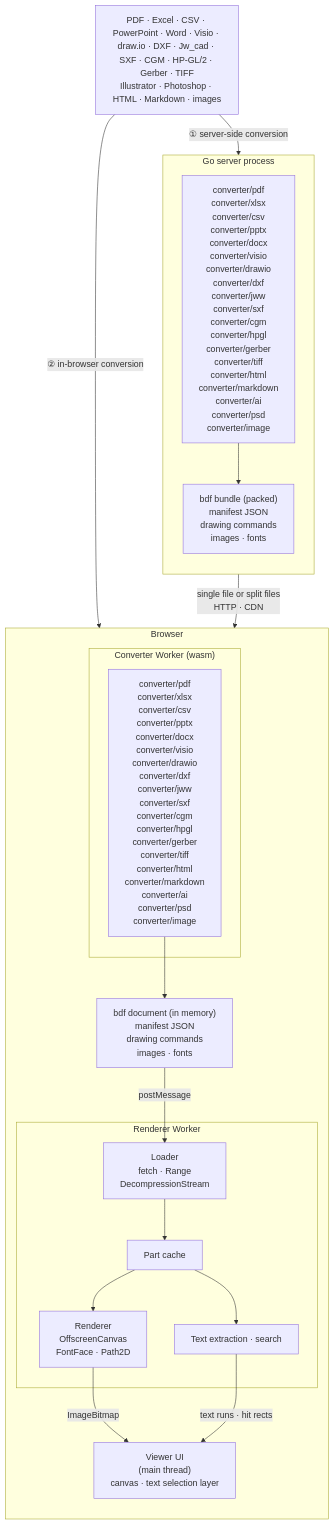
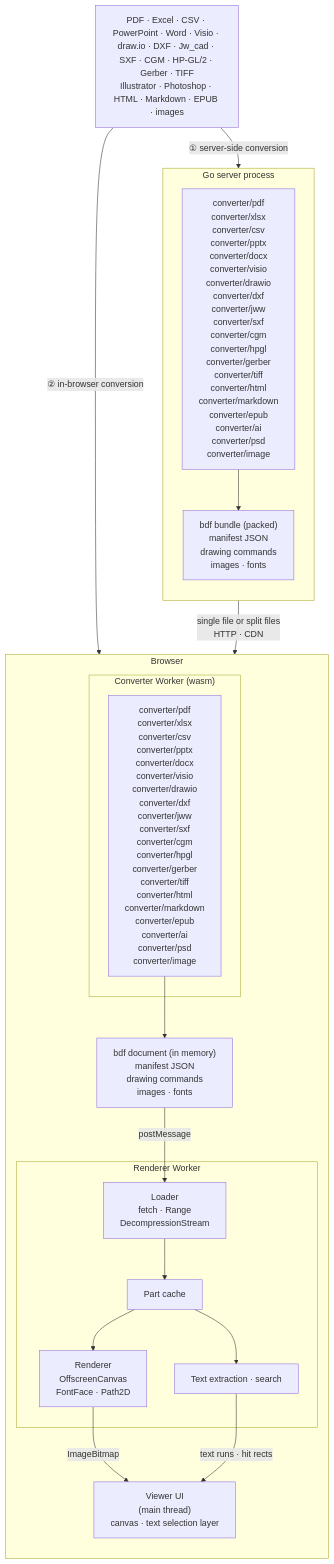
Before and after one commit to shibukawa/bdf: the diagram in README.md, drawn with Mermaid. The commit also changed other lines of this file and 58 other files, not shown here.

First line of the commit message:
Add EPUB converter: book pages in reader mode, Japanese vertical text, fixed-layout books, SVG and formulas (#30)

````diff
--- a/README.md
+++ b/README.md
@@ -20,37 +20,37 @@
 ```mermaid
 flowchart TB
-    SRC["PDF · Excel · CSV · PowerPoint · Word · Visio · draw.io · DXF · Jw_cad · SXF · CGM · HP-GL/2 · Gerber · TIFF<br/>Illustrator · Photoshop · HTML · Markdown · images"]
+    SRC["PDF · Excel · CSV · PowerPoint · Word · Visio · draw.io · DXF · Jw_cad · SXF · CGM · HP-GL/2 · Gerber · TIFF<br/>Illustrator · Photoshop · HTML · Markdown · EPUB · images"]
 
     subgraph SERVER["Go server process"]
         direction TB
-        SCONV["converter/pdf<br/>converter/xlsx<br/>converter/csv<br/>converter/pptx<br/>converter/docx<br/>converter/visio<br/>converter/drawio<br/>converter/dxf<br/>converter/jww<br/>converter/sxf<br/>converter/cgm<br/>converter/hpgl<br/>converter/gerber<br/>converter/tiff<br/>converter/html<br/>converter/markdown<br/>converter/ai<br/>converter/psd<br/>converter/image"]
+        SCONV["converter/pdf<br/>converter/xlsx<br/>converter/csv<br/>converter/pptx<br/>converter/docx<br/>converter/visio<br/>converter/drawio<br/>converter/dxf<br/>converter/jww<br/>converter/sxf<br/>converter/cgm<br/>converter/hpgl<br/>converter/gerber<br/>converter/tiff<br/>converter/html<br/>converter/markdown<br/>converter/epub<br/>converter/ai<br/>converter/psd<br/>converter/image"]
         BUNDLE["bdf bundle (packed)<br/>manifest JSON<br/>drawing commands<br/>images · fonts"]
         SCONV --> BUNDLE
     end
 
     subgraph BROWSER["Browser"]
         direction TB
         subgraph CWORKER["Converter Worker (wasm)"]
-            WCONV["converter/pdf<br/>converter/xlsx<br/>converter/csv<br/>converter/pptx<br/>converter/docx<br/>converter/visio<br/>converter/drawio<br/>converter/dxf<br/>converter/jww<br/>converter/sxf<br/>converter/cgm<br/>converter/hpgl<br/>converter/gerber<br/>converter/tiff<br/>converter/html<br/>converter/markdown<br/>converter/ai<br/>converter/psd<br/>converter/image"]
+            WCONV["converter/pdf<br/>converter/xlsx<br/>converter/csv<br/>converter/pptx<br/>converter/docx<br/>converter/visio<br/>converter/drawio<br/>converter/dxf<br/>converter/jww<br/>converter/sxf<br/>converter/cgm<br/>converter/hpgl<br/>converter/gerber<br/>converter/tiff<br/>converter/html<br/>converter/markdown<br/>converter/epub<br/>converter/ai<br/>converter/psd<br/>converter/image"]
         end
         PARTS["bdf document (in memory)<br/>manifest JSON<br/>drawing commands<br/>images · fonts"]
         subgraph RWORKER["Renderer Worker"]
             LOADER["Loader<br/>fetch · Range<br/>DecompressionStream"]
             STORE["Part cache"]
             RENDER["Renderer<br/>OffscreenCanvas<br/>FontFace · Path2D"]
             TEXT["Text extraction · search"]
             LOADER --> STORE
             STORE --> RENDER
             STORE --> TEXT
         end
         UI["Viewer UI<br/>(main thread)<br/>canvas · text selection layer"]
         WCONV --> PARTS
     end
 
     SRC -- "① server-side conversion" --> SCONV
     SRC -- "② in-browser conversion" --> WCONV
     BUNDLE -- "single file or split files<br/>HTTP · CDN" --> LOADER
     PARTS -- "postMessage" --> LOADER
     RENDER -- "ImageBitmap" --> UI
     TEXT -- "text runs · hit rects" --> UI
 ```
````
